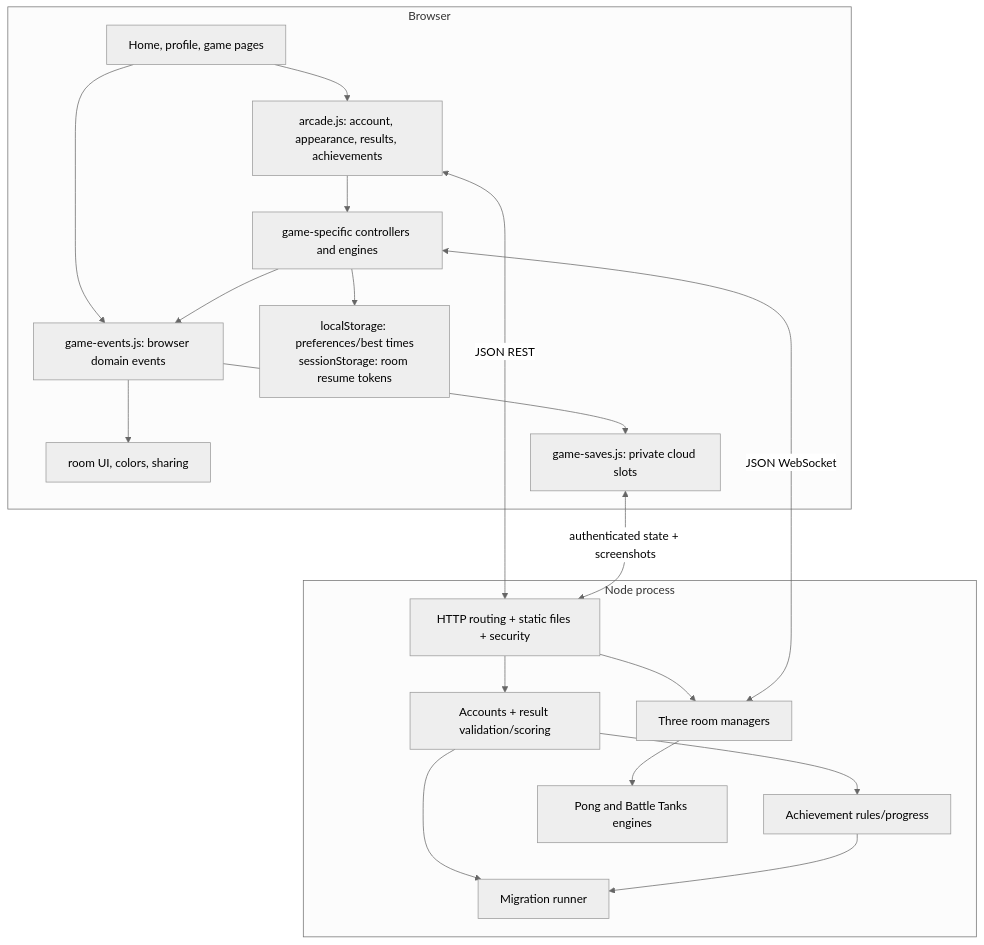
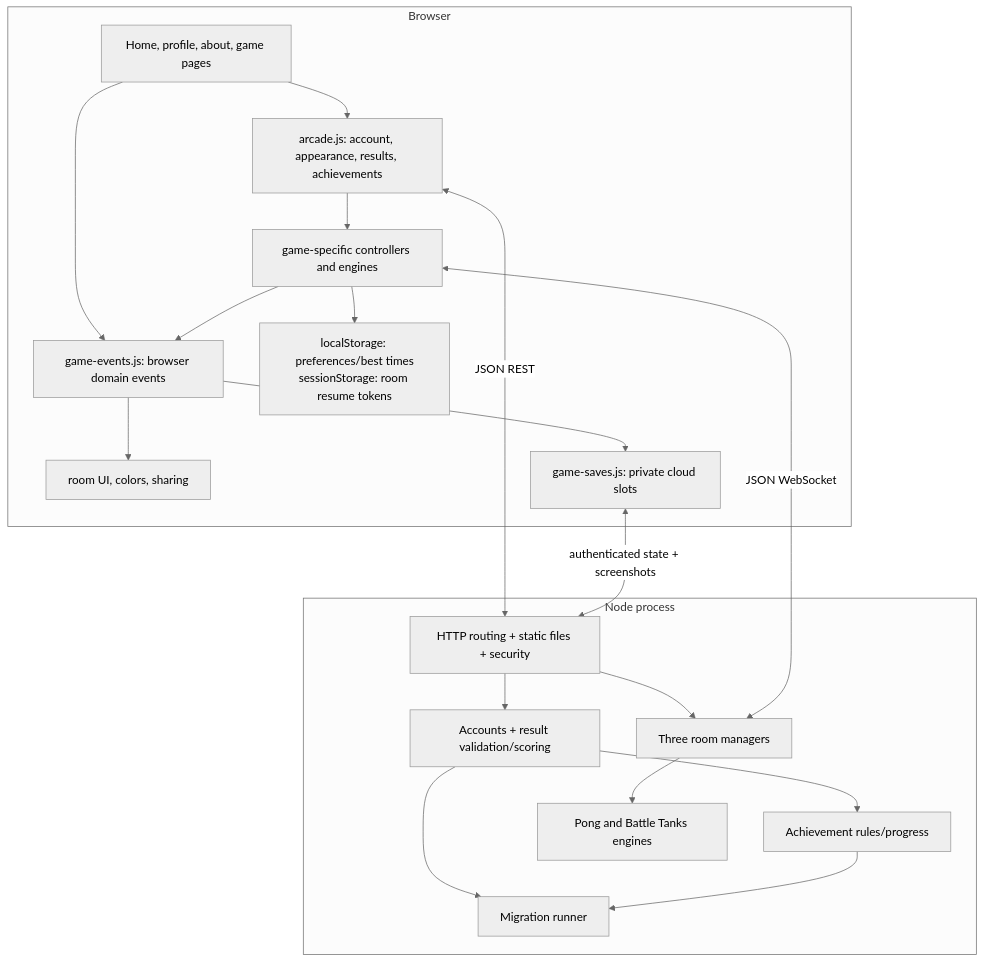
Before and after one commit to bashmohandes/Javascript: the second of 8 diagrams in docs/architecture.md, drawn with Mermaid (neutral theme). The commit also changed 9 other files, not shown here.

Commit message:
Add game-native about page

````diff
--- a/docs/architecture.md
+++ b/docs/architecture.md
@@ -21,33 +21,33 @@
 ```mermaid
 flowchart TB
   subgraph Browser
-    Pages[Home, profile, game pages]
+    Pages[Home, profile, about, game pages]
     Arcade[arcade.js: account, appearance, results, achievements]
     Events[game-events.js: browser domain events]
     Shared[room UI, colors, sharing]
     Games[game-specific controllers and engines]
     Store[localStorage: preferences/best times\nsessionStorage: room resume tokens]
     Saves[game-saves.js: private cloud slots]
     Pages --> Arcade
     Pages --> Events
     Games --> Events --> Shared
     Events --> Saves
     Arcade --> Games
     Games --> Store
   end
   subgraph Node_process[Node process]
     HTTP[HTTP routing + static files + security]
     Accounts[Accounts + result validation/scoring]
     Achievements[Achievement rules/progress]
     Rooms[Three room managers]
     Engines[Pong and Battle Tanks engines]
     DB[Migration runner]
     HTTP --> Accounts --> Achievements
     HTTP --> Rooms --> Engines
     Accounts --> DB
     Achievements --> DB
   end
   Arcade <-->|JSON REST| HTTP
   Saves <-->|authenticated state + screenshots| HTTP
   Games <-->|JSON WebSocket| Rooms
 ```
````
